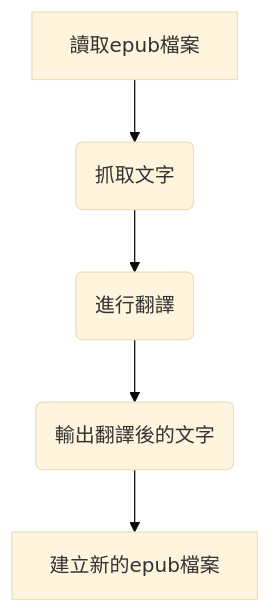
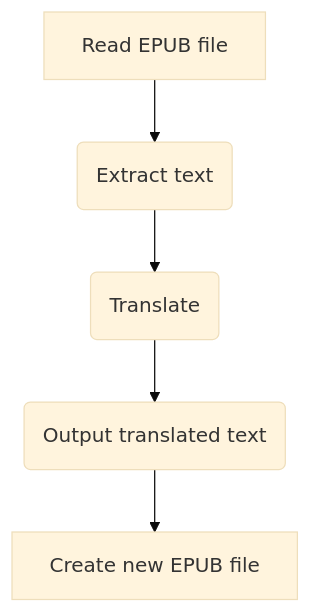
Before and after one commit to HuskyHsu/bilinguify: the first of 2 diagrams in README.md, drawn with Mermaid (base theme). The commit also changed other lines of this file, not shown here.

````diff
--- a/README.md
+++ b/README.md
@@ -38,7 +40,7 @@
 ```mermaid
-graph TD;
-    A[讀取epub檔案]-->B(抓取文字);
-    B-->C(進行翻譯);
-    C-->D(輸出翻譯後的文字);
-    D-->E[建立新的epub檔案];
+graph TB
+    A[Read EPUB file]-->B(Extract text);
+    B-->C(Translate);
+    C-->D(Output translated text);
+    D-->E[Create new EPUB file];
 ```
````
